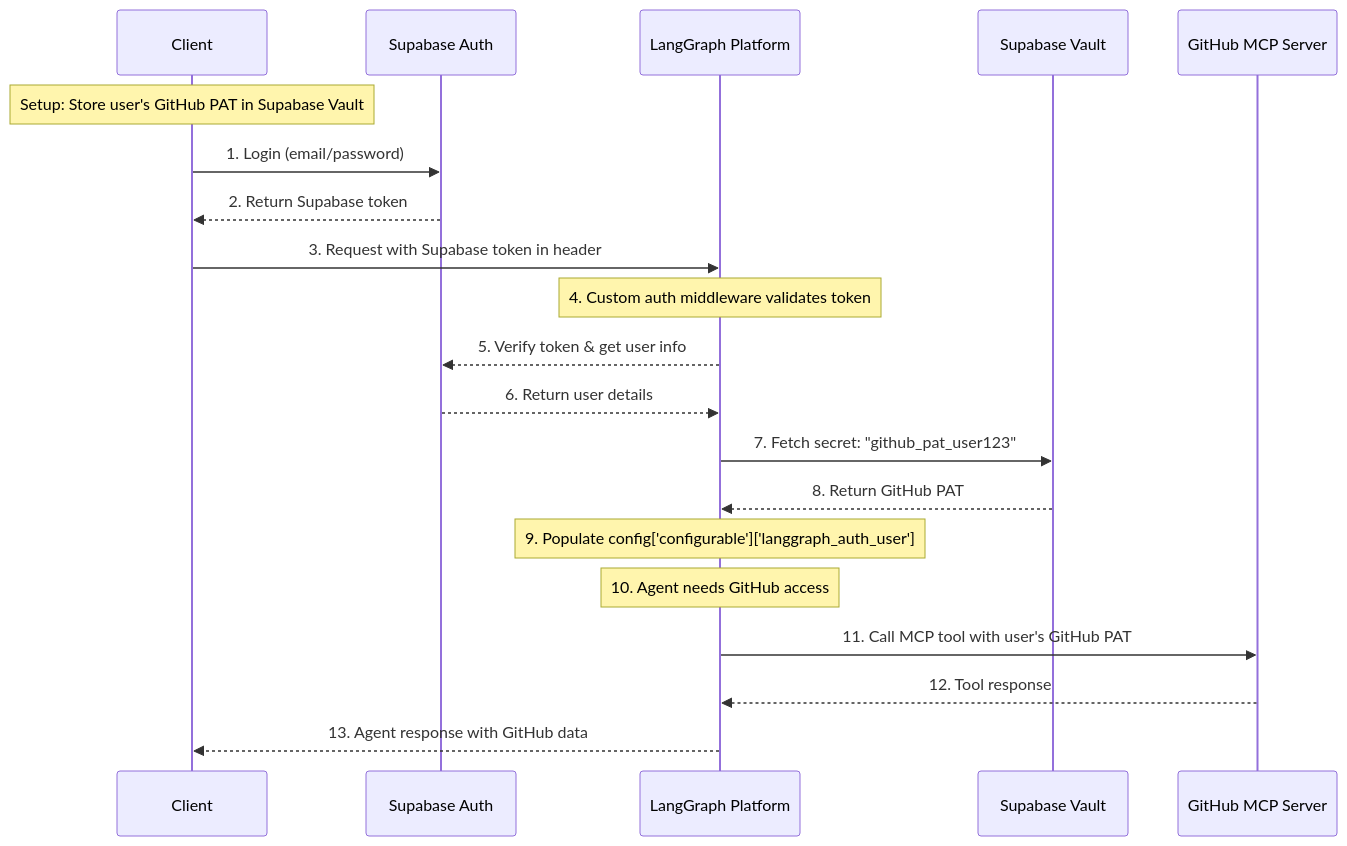
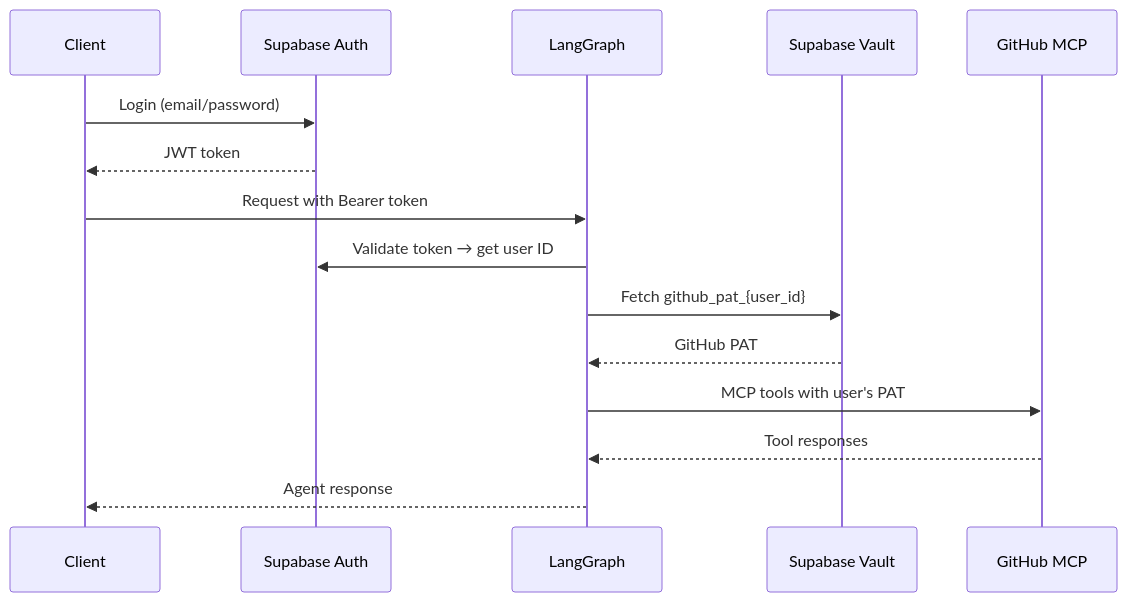
Before and after one commit to KaloyanBorisov/cookbooks: the diagram in python/langgraph/mcp-auth-demo/README.md, drawn with Mermaid. The commit also changed other lines of this file and 20 other files, not shown here.

First line of the commit message:
refactor(mcp-auth-demo): dockerize, drop tests/lock, slim agent and auth

````diff
--- a/python/langgraph/mcp-auth-demo/README.md
+++ b/python/langgraph/mcp-auth-demo/README.md
@@ -19,35 +19,18 @@
 ```mermaid
 sequenceDiagram
-  %% Actors
-  participant ClientApp as Client
+  participant Client
   participant Supabase as Supabase Auth
-  participant LangGraph as LangGraph Platform
+  participant LangGraph
   participant Vault as Supabase Vault
-  participant MCPServer as GitHub MCP Server
+  participant GitHub as GitHub MCP
 
-  %% Initial setup
-  Note over ClientApp: Setup: Store user's GitHub PAT in Supabase Vault
-
-  %% Authentication flow
-  ClientApp  ->> Supabase: 1. Login (email/password)
-  Supabase   -->> ClientApp: 2. Return Supabase token
-  ClientApp  ->> LangGraph: 3. Request with Supabase token in header
-
-  Note over LangGraph: 4. Custom auth middleware validates token
-  LangGraph  -->> Supabase: 5. Verify token & get user info
-  Supabase   -->> LangGraph: 6. Return user details
-
-  %% Fetch GitHub token from Supabase Vault
-  LangGraph  ->> Vault: 7. Fetch secret: "github_pat_user123"
-  Vault -->> LangGraph: 8. Return GitHub PAT
-
-  Note over LangGraph: 9. Populate config['configurable']['langgraph_auth_user']
-
-  %% Use GitHub MCP
-  Note over LangGraph: 10. Agent needs GitHub access
-  LangGraph  ->> MCPServer: 11. Call MCP tool with user's GitHub PAT
-  MCPServer  -->> LangGraph: 12. Tool response
-
-  %% Return to user
-  LangGraph  -->> ClientApp: 13. Agent response with GitHub data
+  Client->>Supabase: Login (email/password)
+  Supabase-->>Client: JWT token
+  Client->>LangGraph: Request with Bearer token
+  LangGraph->>Supabase: Validate token → get user ID
+  LangGraph->>Vault: Fetch github_pat_{user_id}
+  Vault-->>LangGraph: GitHub PAT
+  LangGraph->>GitHub: MCP tools with user's PAT
+  GitHub-->>LangGraph: Tool responses
+  LangGraph-->>Client: Agent response
 ```
````
